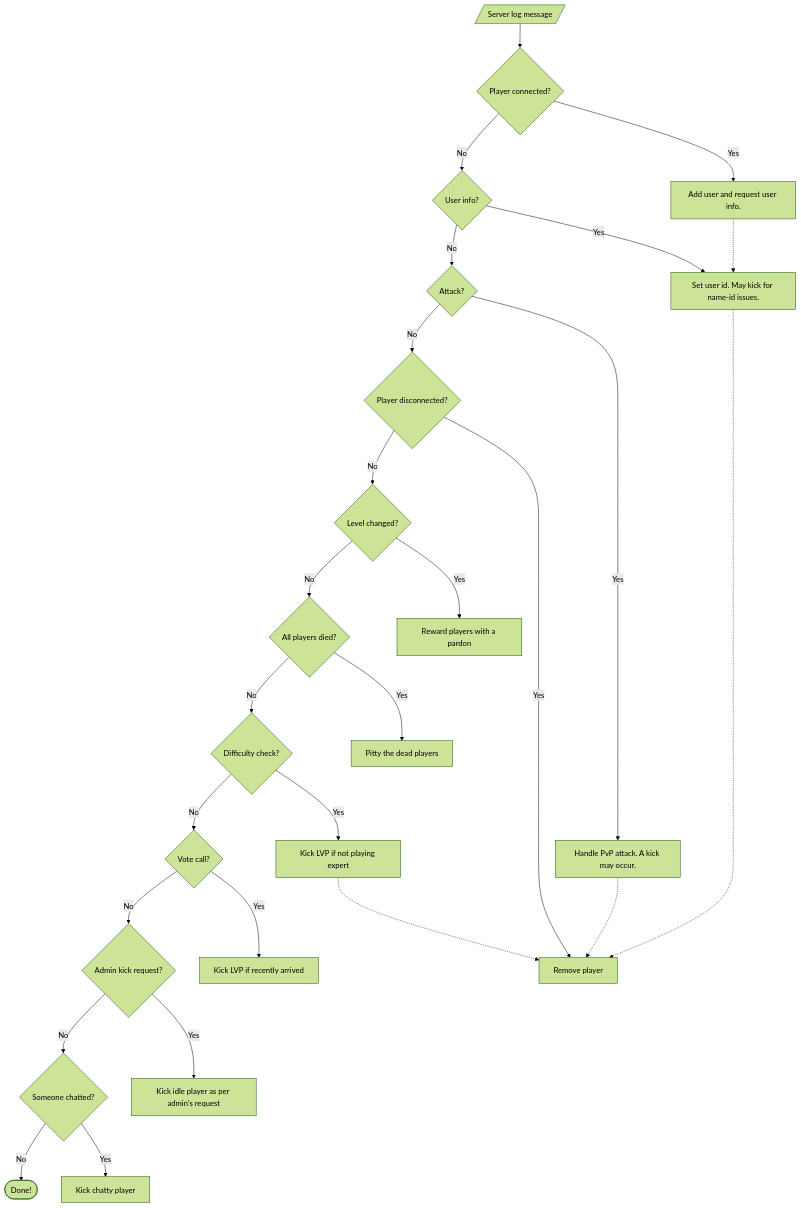
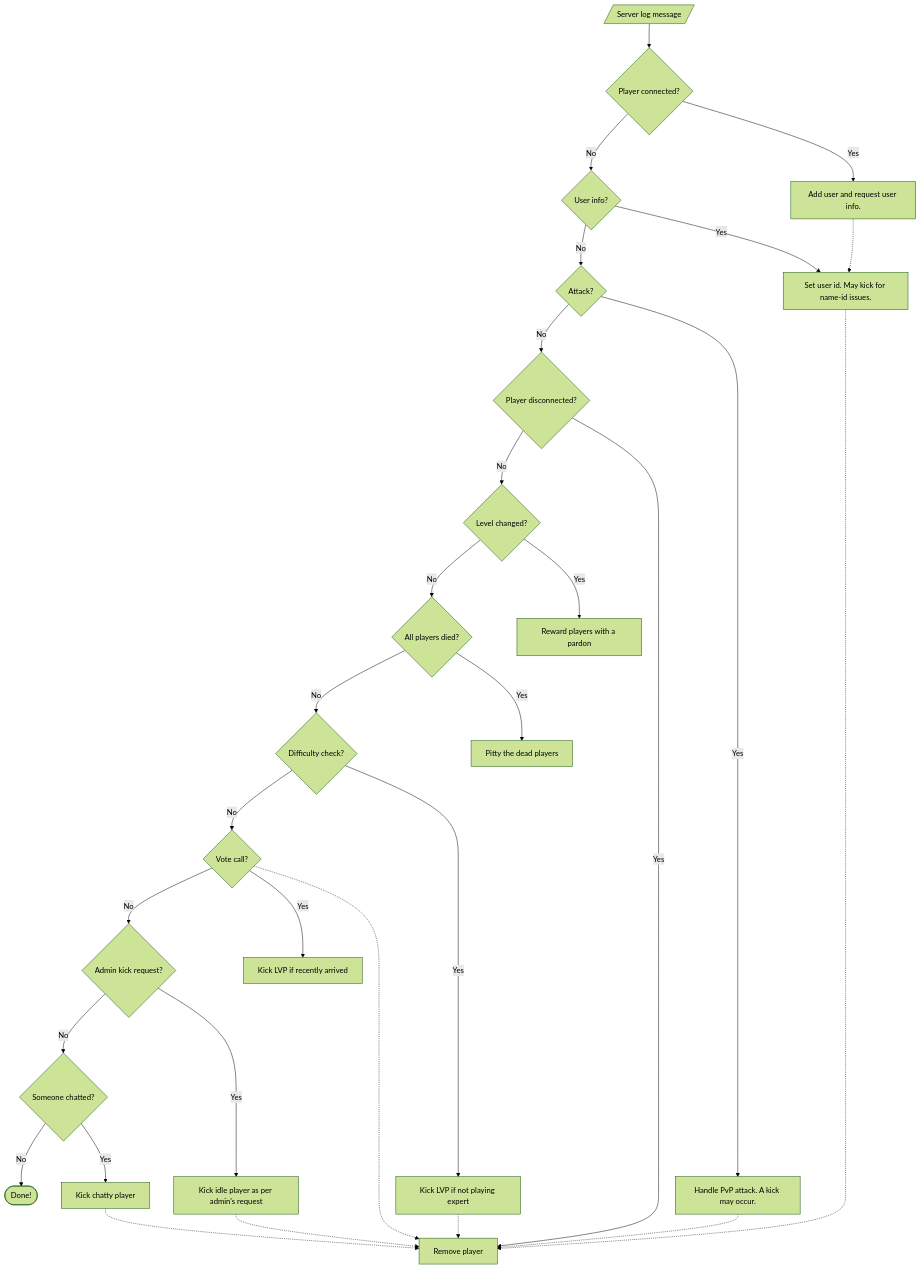
The diagram in README.md (carlosjhr64/l4d2-observer), drawn with Mermaid (forest theme) before and after one commit.

Commit message:
mermaid - dotted

````diff
--- a/README.md
+++ b/README.md
@@ -32,28 +32,31 @@
 ```mermaid
 flowchart TD;
   LogMsg[/Server log message/] --> Connected{Player connected?};
   Connected -->|No| UserInfo{User info?};
   Connected -->|Yes| ProcessConnected[Add user and request user info.];
   UserInfo -->|No| Attack{Attack?};
   UserInfo -->|Yes| ProcessUserInfo[Set user id. May kick for name-id issues.];
   ProcessConnected -.-> ProcessUserInfo;
   Attack -->|No| Dropped{Player disconnected?};
   Attack -->|Yes| ProcessAttack[Handle PvP attack. A kick may occur.]
   Dropped -->|No| ChangeLevel{Level changed?}
   Dropped -->|Yes| ProcessDropped[Remove player]
   ProcessUserInfo -.-> ProcessDropped
   ProcessAttack -.-> ProcessDropped
   ChangeLevel -->|No| InitDirectorScript{All players died?}
   ChangeLevel -->|Yes| ProcessChangeLevel[Reward players with a pardon]
   InitDirectorScript -->|No| DifficultyCheck{Difficulty check?}
   InitDirectorScript -->|Yes| ProcessInitDirectorScript[Pitty the dead players]
   DifficultyCheck -->|No| PotentialVote{Vote call?}
   DifficultyCheck -->|Yes| ProcessDifficultyCheck[Kick LVP if not playing expert] 
   ProcessDifficultyCheck -.-> ProcessDropped
   PotentialVote --> |No| IdleKick{Admin kick request?}
   PotentialVote --> |Yes| ProcessPotentialVote[Kick LVP if recently arrived]
+  PotentialVote -.-> ProcessDropped
   IdleKick --> |No| Chat{Someone chatted?}
   IdleKick --> |Yes| ProcessIdleKick[Kick idle player as per admin's request]
+  ProcessIdleKick -.-> ProcessDropped
   Chat --> |No| Stop([Done!])
   Chat --> |Yes| ProcessChat[Kick chatty player]
+  ProcessChat -.-> ProcessDropped
 ```
````
